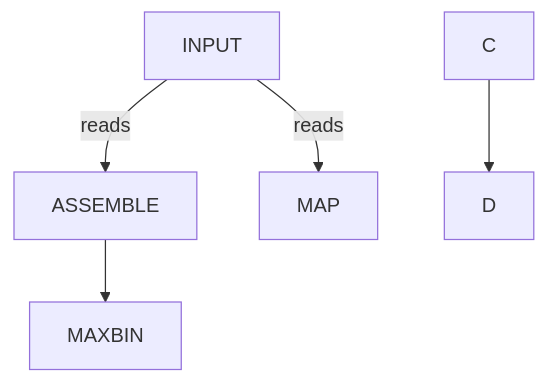
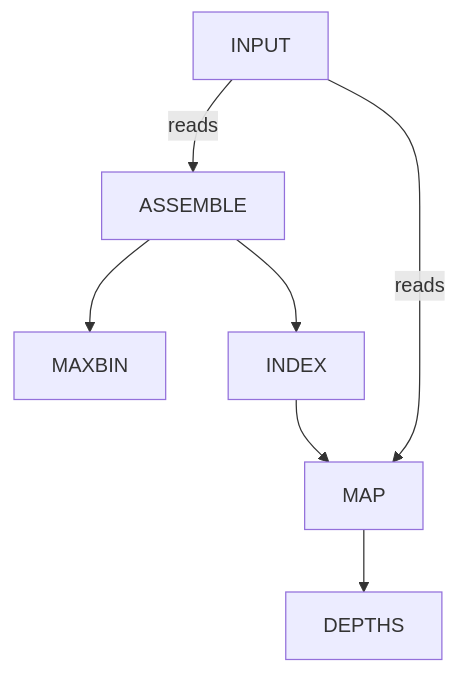
Before and after one commit to telatin/nf-channel-error: the first of 2 diagrams in README.md, drawn with Mermaid.

````diff
--- a/README.md
+++ b/README.md
@@ -6,7 +6,9 @@
 ```mermaid
 graph TD;
   INPUT -- reads --> ASSEMBLE;
   INPUT -- reads -->   MAP;
   ASSEMBLE --> MAXBIN;
-  C-->D;
+  ASSEMBLE --> INDEX;
+  INDEX --> MAP;
+  MAP --> DEPTHS;
 ```
````
